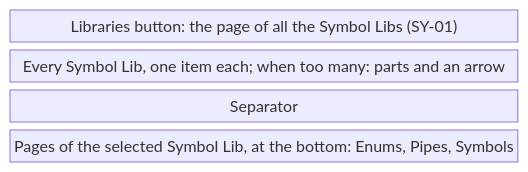
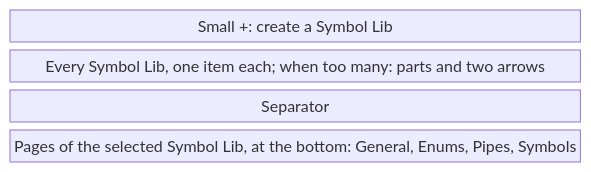
One commit to AlexandreGallais/synoptic-studio-spec changed the first of 14 diagrams in screens/symbols.md. Above: the diagram before and after it, drawn with Mermaid. The commit also changed other lines of this file and 8 other files, not shown here.

First line of the commit message:
docs(symbols): replace the libraries page with a general page per library

````diff
--- a/screens/symbols.md
+++ b/screens/symbols.md
@@ -11,8 +11,8 @@
 ```mermaid
 block-beta
     columns 1
-    lib["Libraries button: the page of all the Symbol Libs (SY-01)"]
-    libs["Every Symbol Lib, one item each; when too many: parts and an arrow"]
+    add["Small +: create a Symbol Lib"]
+    libs["Every Symbol Lib, one item each; when too many: parts and two arrows"]
     sep["Separator"]
-    pages["Pages of the selected Symbol Lib, at the bottom: Enums, Pipes, Symbols"]
+    pages["Pages of the selected Symbol Lib, at the bottom: General, Enums, Pipes, Symbols"]
 ```
````
